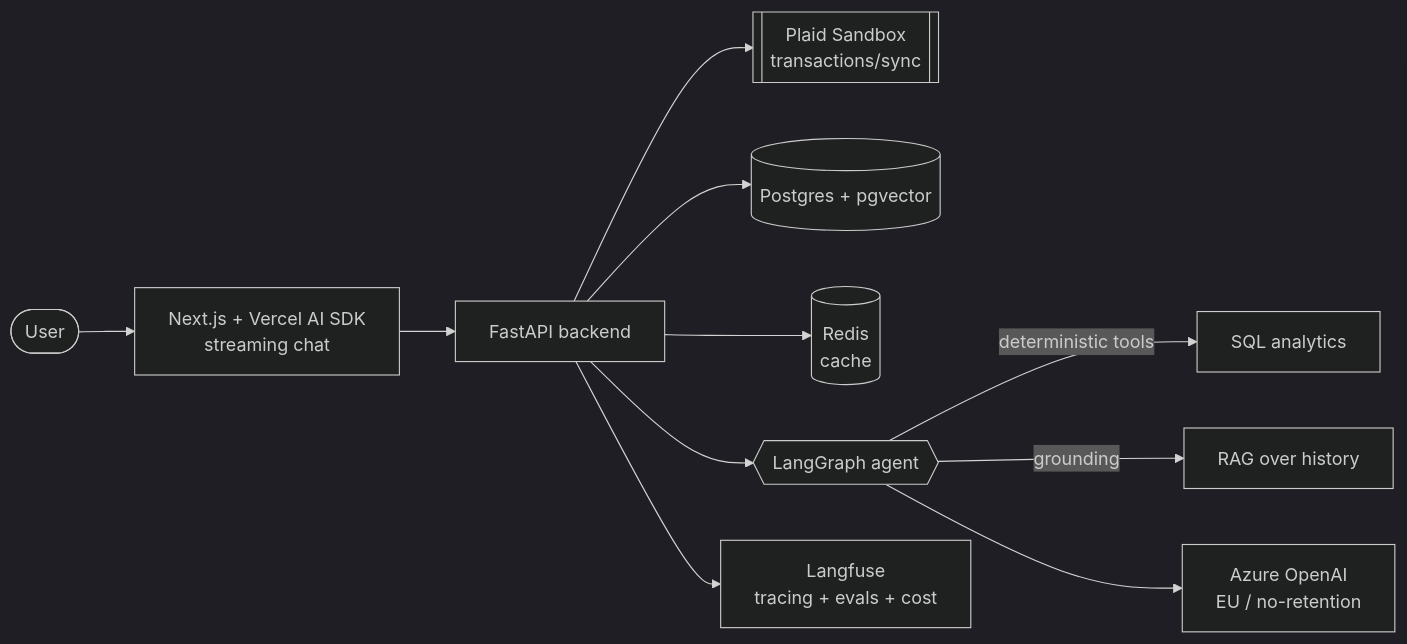
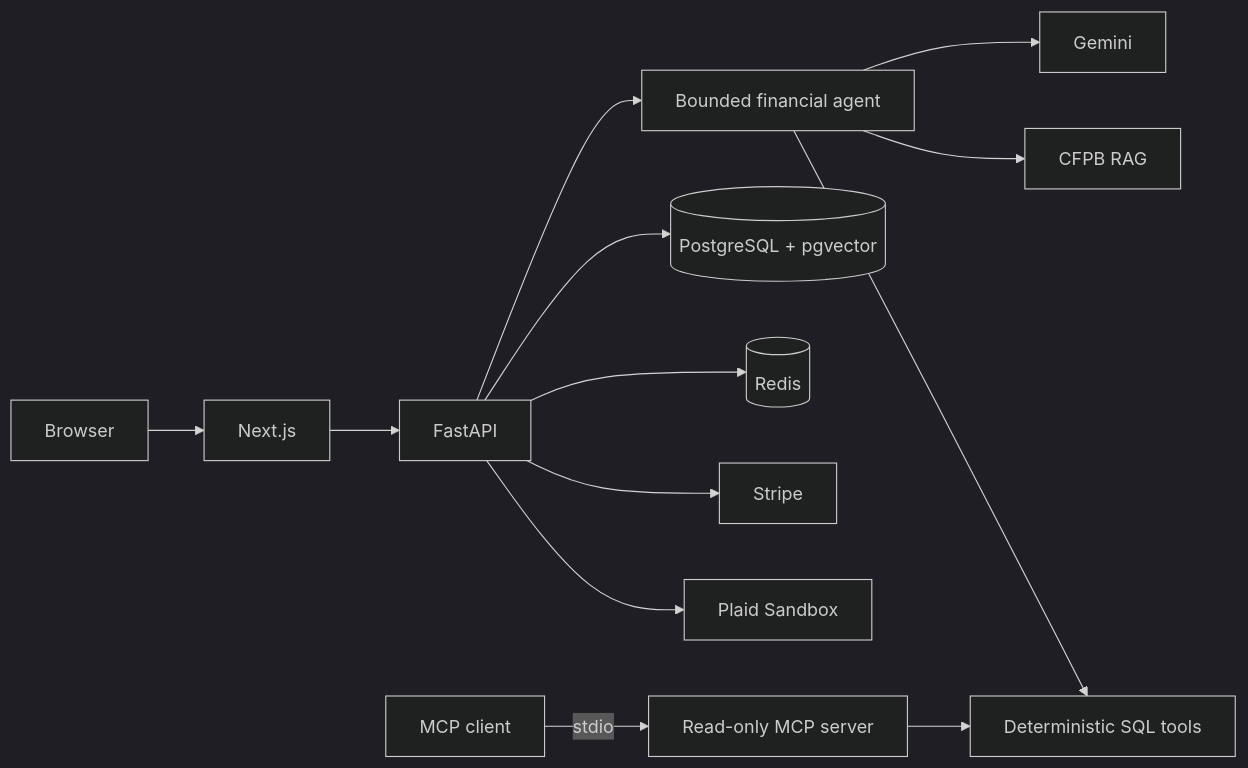
One commit to Andrev228/finsight-ai changed the diagram in README.md. Above: the diagram before and after it, drawn with Mermaid (dark theme). The commit also changed other lines of this file and 113 other files, not shown here.

````diff
--- a/README.md
+++ b/README.md
@@ -19,13 +31,15 @@
 ```mermaid
 flowchart LR
-  user([User]) --> web[Next.js + Vercel AI SDK<br/>streaming chat]
-  web --> api[FastAPI backend]
-  api --> plaid[[Plaid Sandbox<br/>transactions/sync]]
-  api --> pg[(Postgres + pgvector)]
-  api --> redis[(Redis<br/>cache)]
-  api --> agent{{LangGraph agent}}
-  agent -->|deterministic tools| sql[SQL analytics]
-  agent -->|grounding| rag[RAG over history]
-  agent --> llm[Azure OpenAI<br/>EU / no-retention]
-  api --> obs[Langfuse<br/>tracing + evals + cost]
+  U[Browser] --> W[Next.js]
+  W --> A[FastAPI]
+  A --> P[Plaid Sandbox]
+  A --> S[Stripe]
+  A --> R[(Redis)]
+  A --> DB[(PostgreSQL + pgvector)]
+  A --> G[Bounded financial agent]
+  G --> SQL[Deterministic SQL tools]
+  G --> RAG[CFPB RAG]
+  G --> L[Gemini]
+  M[MCP client] -->|stdio| MT[Read-only MCP server]
+  MT --> SQL
 ```
````
